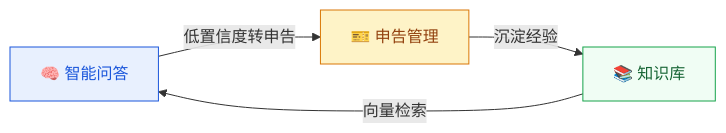
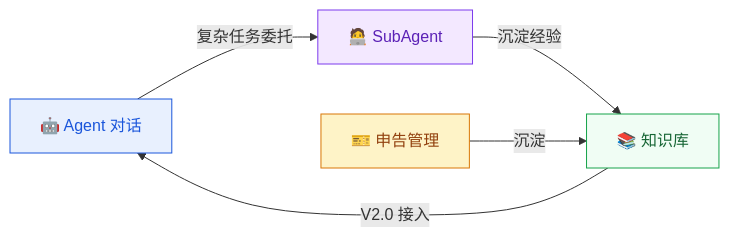
Before and after one commit to int2t05/Cognik: the second of 4 diagrams in README.md, drawn with Mermaid. The commit also changed other lines of this file and 3 other files, not shown here.

````diff
--- a/README.md
+++ b/README.md
@@ -34,10 +42,12 @@
 ```mermaid
 flowchart LR
-    Q["🧠 智能问答"] -->|"低置信度转申告"| T["🎫 申告管理"]
-    T -->|"沉淀经验"| K["📚 知识库"]
-    K -->|"向量检索"| Q
+    Q["🤖 Agent 对话"] -->|"复杂任务委托"| SA["🧑‍💻 SubAgent"]
+    SA -->|"沉淀经验"| K["📚 知识库"]
+    T["🎫 申告管理"] -->|"沉淀"| K
+    K -->|"V2.0 接入"| Q
 
     style Q fill:#e8f0fe,stroke:#1a56db,color:#1a56db
+    style SA fill:#f3e8ff,stroke:#7c3aed,color:#5b21b6
     style T fill:#fef3c7,stroke:#d97706,color:#92400e
     style K fill:#f0fdf4,stroke:#16a34a,color:#166534
 ```
````
